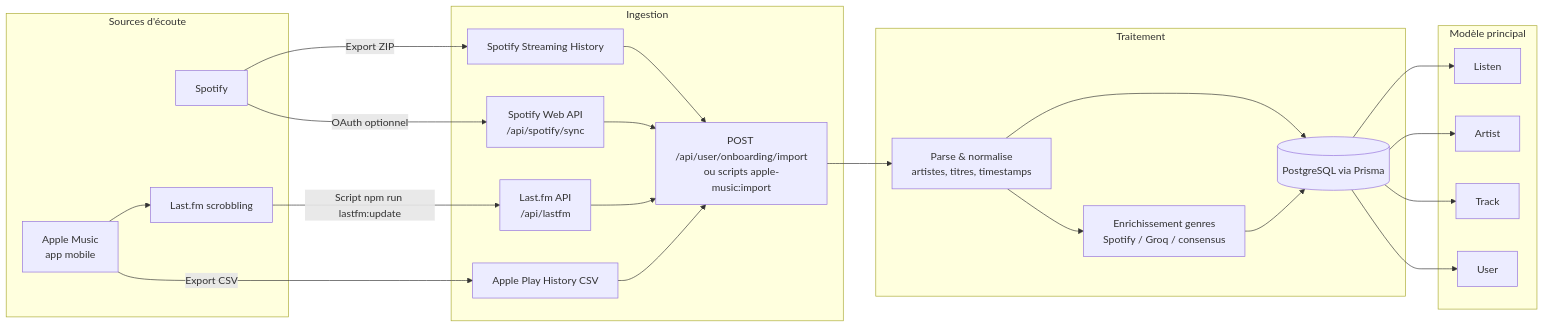
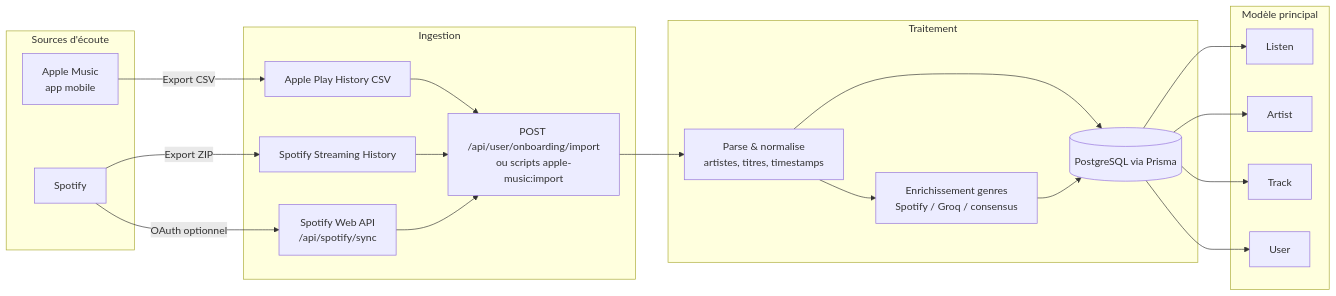
The second of 4 diagrams in docs/APP_FLOW.md (wesleyajavon/apple-music-analytics), drawn with Mermaid before and after one commit. The commit also changed other lines of this file, not shown here.

First line of the commit message:
docs: drop Last.fm from the app flow diagrams

````diff
--- a/docs/APP_FLOW.md
+++ b/docs/APP_FLOW.md
@@ -49,33 +49,30 @@
 ```mermaid
 flowchart LR
     subgraph Sources["Sources d'écoute"]
         AM[Apple Music<br/>app mobile]
         SP[Spotify]
-        AM --> LF[Last.fm scrobbling]
     end
 
     subgraph Ingestion["Ingestion"]
-        LF -->|Script npm run lastfm:update| LFAPI["Last.fm API<br/>/api/lastfm"]
         AM -->|Export CSV| CSV[Apple Play History CSV]
         SP -->|Export ZIP| ZIP[Spotify Streaming History]
         SP -->|OAuth optionnel| SPOAuth["Spotify Web API<br/>/api/spotify/sync"]
         CSV --> IMP["POST /api/user/onboarding/import<br/>ou scripts apple-music:import"]
         ZIP --> IMP
-        LFAPI --> IMP
         SPOAuth --> IMP
     end
 
     subgraph Processing["Traitement"]
         IMP --> PARSE[Parse & normalise<br/>artistes, titres, timestamps]
         PARSE --> DB[(PostgreSQL via Prisma)]
         PARSE --> GENRE[Enrichissement genres<br/>Spotify / Groq / consensus]
         GENRE --> DB
     end
 
     subgraph Storage["Modèle principal"]
         DB --> LISTEN[Listen]
         DB --> ARTIST[Artist]
         DB --> TRACK[Track]
         DB --> USER[User]
     end
 ```
````
